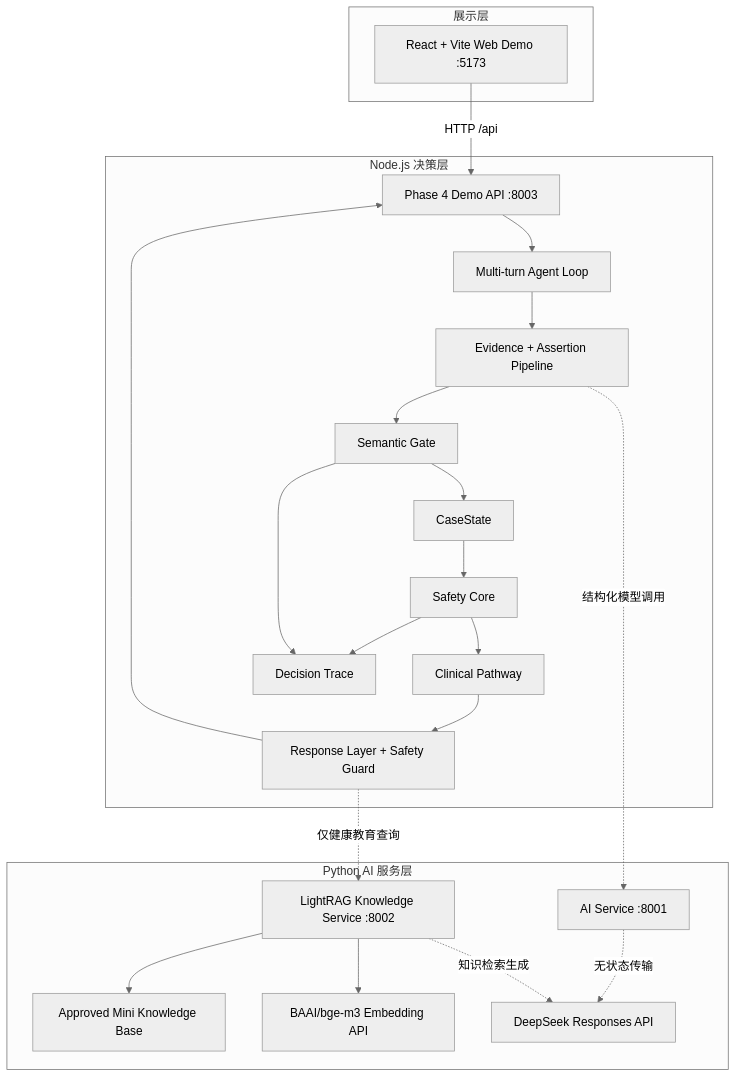
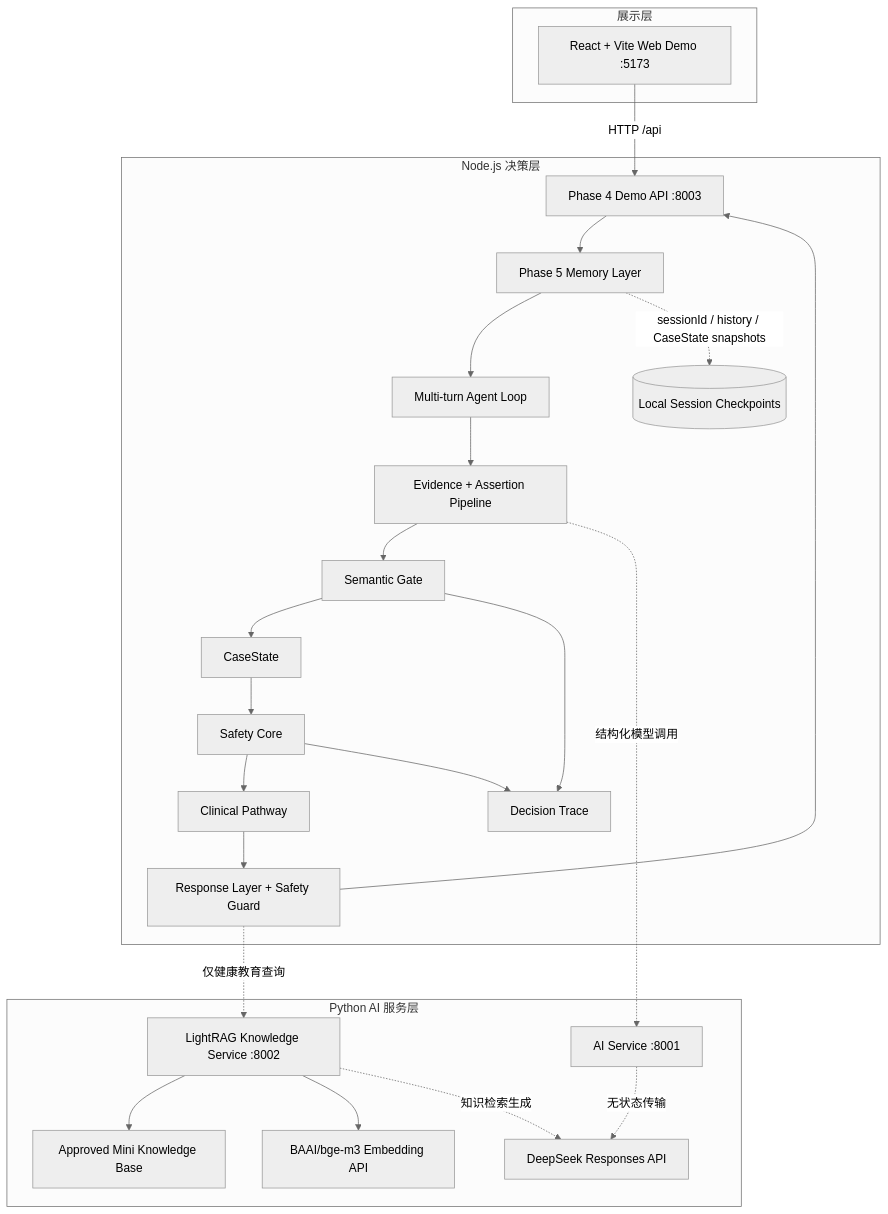
One commit to ggggddddhhh/Medical-Agent changed the diagram in docs/architecture.md. Above: the diagram before and after it, drawn with Mermaid (neutral theme). The commit also changed other lines of this file and 18 other files, not shown here.

Commit message:
feat: add phase 5 memory layer

```diff
--- a/docs/architecture.md
+++ b/docs/architecture.md
@@ -16,45 +16,49 @@
 ~~~mermaid
 flowchart TB
     subgraph Client[展示层]
         UI[React + Vite Web Demo :5173]
     end
 
     subgraph Node[Node.js 决策层]
         API[Phase 4 Demo API :8003]
+        MEMORY[Phase 5 Memory Layer]
+        CHECKPOINT[(Local Session Checkpoints)]
         LOOP[Multi-turn Agent Loop]
         EXTRACT[Evidence + Assertion Pipeline]
         GATE[Semantic Gate]
         STATE[CaseState]
         CORE[Safety Core]
         PATH[Clinical Pathway]
         RESPONSE[Response Layer + Safety Guard]
         TRACE[Decision Trace]
     end
 
     subgraph Python[Python AI 服务层]
         MODEL[AI Service :8001]
         RAG[LightRAG Knowledge Service :8002]
         KB[Approved Mini Knowledge Base]
         EMBED[BAAI/bge-m3 Embedding API]
         LLM[DeepSeek Responses API]
     end
 
     UI -->|HTTP /api| API
-    API --> LOOP
+    API --> MEMORY
+    MEMORY --> LOOP
+    MEMORY -. sessionId / history / CaseState snapshots .-> CHECKPOINT
     LOOP --> EXTRACT
     EXTRACT --> GATE
     GATE --> STATE
     STATE --> CORE
     CORE --> PATH
     PATH --> RESPONSE
     RESPONSE --> API
     CORE --> TRACE
     GATE --> TRACE
 
     EXTRACT -. 结构化模型调用 .-> MODEL
     MODEL -. 无状态传输 .-> LLM
     RESPONSE -. 仅健康教育查询 .-> RAG
     RAG --> KB
     RAG --> EMBED
     RAG -. 知识检索生成 .-> LLM
 ~~~
```
